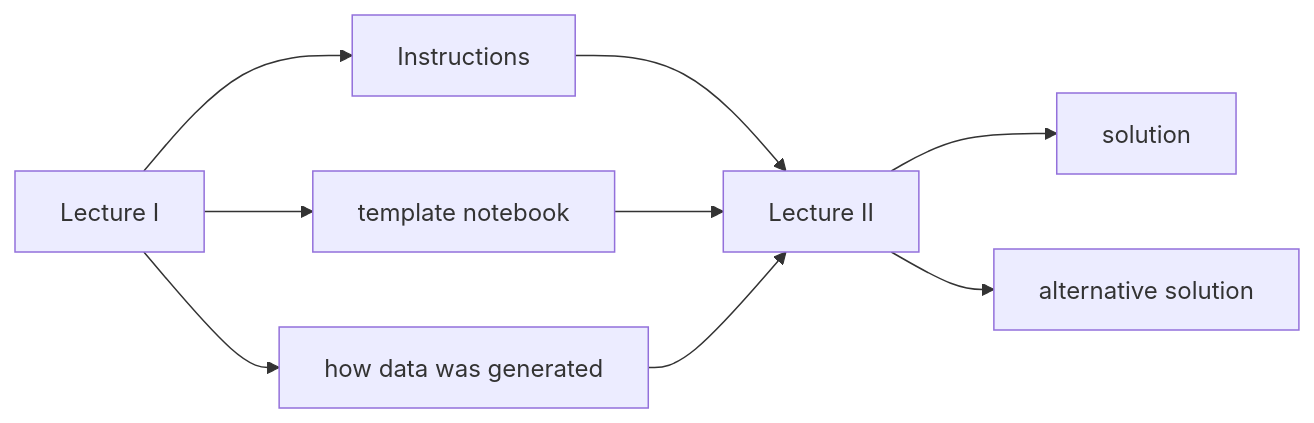
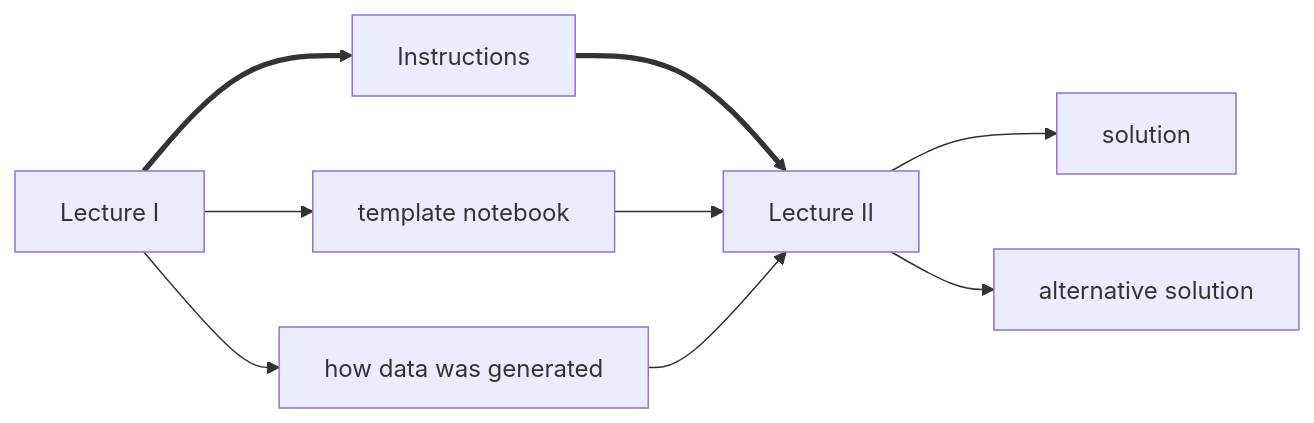
The diagram in NAVIGATION.md (plumed/masterclass-21-2), drawn with Mermaid before and after one commit.

````diff
--- a/NAVIGATION.md
+++ b/NAVIGATION.md
@@ -1,20 +1,20 @@
 ```mermaid
 flowchart LR
-A[Lecture I] --> B[Instructions]
+A[Lecture I] ==> B[Instructions]
 A --> G[how data was generated]
 A --> C[template notebook]
-B --> D[Lecture II]
+B ==> D[Lecture II]
 C --> D
 G --> D
 D --> E[solution]
 D --> F[alternative solution]
 click A "video 1" "A lecture that was given on February 1st 2021 as part of the plumed masterclass series that introduces you to the exercises in this lesson"
 click B "README" "The instructions for the exercises"
 click G "notebooks/gendata.ipynb" "A python notebook that shows how the data sets in the files uncorrelated_data, correlated_data and weighted data that are all used in the exericses was generated"
 click C "notebooks/template.ipynb" "A python notebook file that explains how you can work on the exercises from a python notebook.  Advice on running PLUMED from a notebook and on plotting the data that is generated is given.
 "
 click D "video 2" "A lecture that was given on February 8th 2021 as part of the plumed masterclass series that goes through the solutions to the exercises in the lesson"
 click E "notebooks/solution.ipynb" "A python notebook file that provides a complete set of solutions to the exercises"
 click F "notebooks/answers_notebook.ipynb" "A second python notebook file that contains solutions to the exercises.  In this notebook a different method has been used to generate the figures showing the final free energy surfaces.
 "
 ```
````
